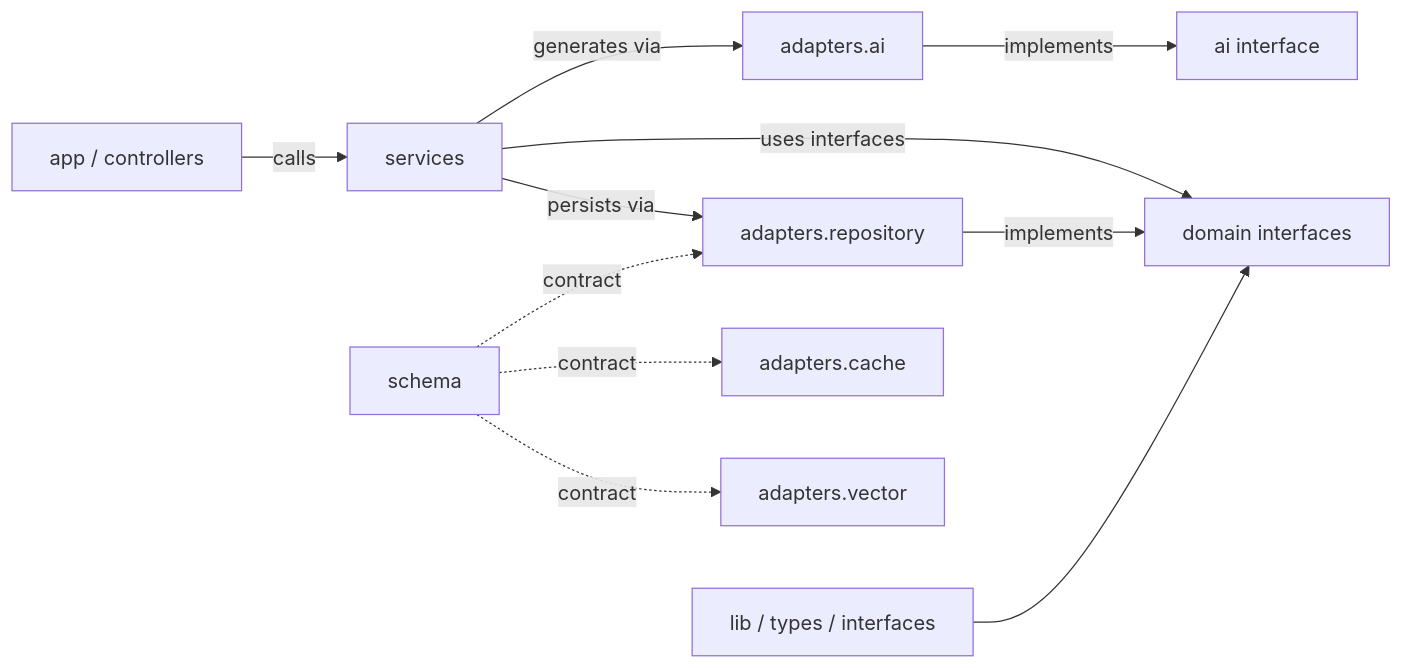
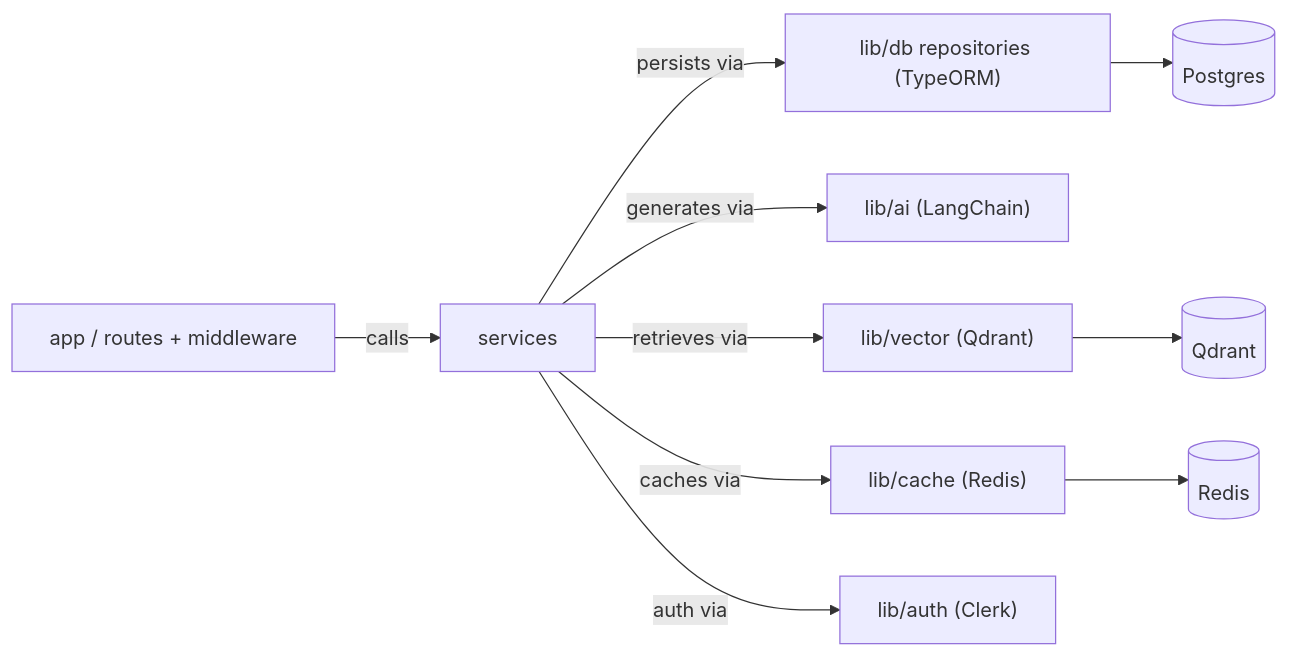
The second of 2 diagrams in _bmad-output/planning-artifacts/01-package.md (Glitch-guy0/chaiGPT), drawn with Mermaid before and after one commit. The commit also changed other lines of this file and 9 other files, not shown here.

````diff
--- a/_bmad-output/planning-artifacts/01-package.md
+++ b/_bmad-output/planning-artifacts/01-package.md
@@ -184,13 +133,12 @@
 ```mermaid
 flowchart LR
-    A["app / controllers"] -->|calls| B["services"]
-    B -->|uses interfaces| C["domain interfaces"]
-    B -->|persists via| D["adapters.repository"]
-    B -->|generates via| E["adapters.ai"]
-    D -->|implements| C
-    E -->|implements| F["ai interface"]
-    G["lib / types / interfaces"] --> C
-    H["schema"] -.contract.-> D
-    H -.contract.-> I["adapters.cache"]
-    H -.contract.-> J["adapters.vector"]
+    A["app / routes + middleware"] -->|calls| B["services"]
+    B -->|persists via| R["lib/db repositories (TypeORM)"]
+    B -->|generates via| AI["lib/ai (LangChain)"]
+    B -->|retrieves via| V["lib/vector (Qdrant)"]
+    B -->|caches via| C["lib/cache (Redis)"]
+    B -->|auth via| AUTH["lib/auth (Clerk)"]
+    R --> DB[("Postgres")]
+    V --> Q[("Qdrant")]
+    C --> RED[("Redis")]
 ```
````
